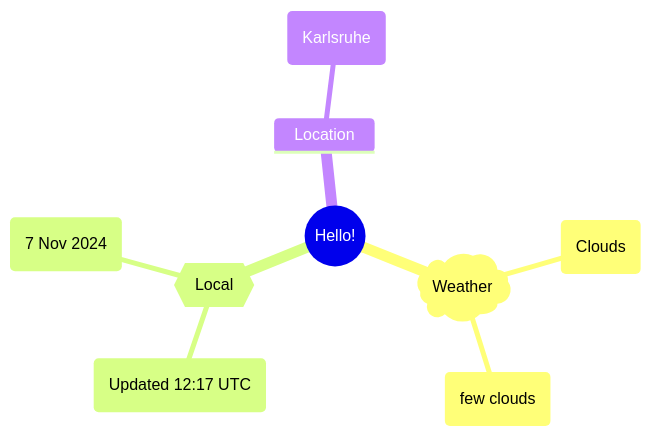
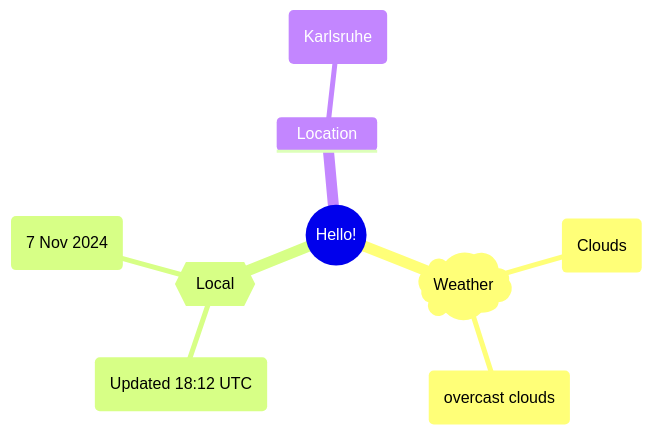
Before and after one commit to Xosrov/Xosrov: the first of 2 diagrams in README.md, drawn with Mermaid.

Commit message:
[bot] updated images

````diff
--- a/README.md
+++ b/README.md
@@ -3,12 +3,12 @@
 ```mermaid
 mindmap
   root((Hello!))
     )Weather(
         (Clouds)
-        (few clouds)
+        (overcast clouds)
     {{Local}}
-        (Updated 12:17 UTC)
+        (Updated 18:12 UTC)
         (7 Nov 2024)
     Location
         (Karlsruhe)
 ```
````
